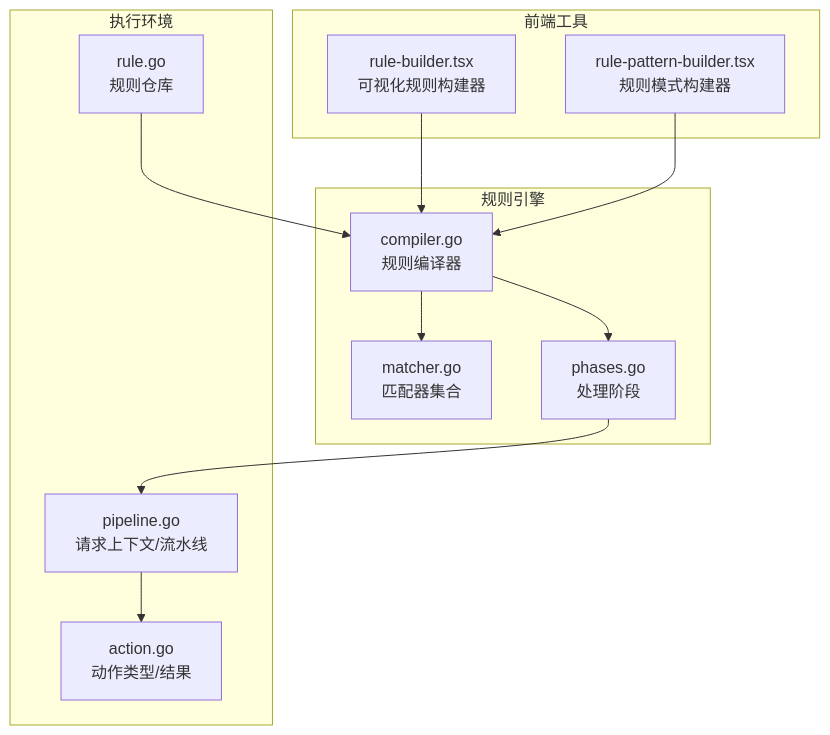
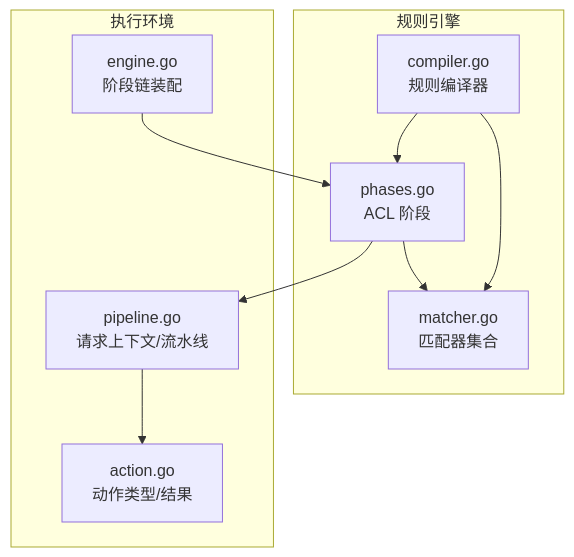
The first of 5 diagrams in docs/WAF 引擎系统/处理阶段详解/ACL 访问控制阶段.md (x01n/My-OpenWaf), drawn with Mermaid before and after one commit. The commit also changed other lines of this file and 622 other files, not shown here.

````diff
--- a/docs/WAF 引擎系统/处理阶段详解/ACL 访问控制阶段.md
+++ b/docs/WAF 引擎系统/处理阶段详解/ACL 访问控制阶段.md
@@ -44,24 +49,19 @@
 ```mermaid
 graph TB
 subgraph "规则引擎"
 C["compiler.go<br/>规则编译器"]
 M["matcher.go<br/>匹配器集合"]
-P["phases.go<br/>处理阶段"]
+P["phases.go<br/>ACL 阶段"]
 end
 subgraph "执行环境"
 L["pipeline.go<br/>请求上下文/流水线"]
 A["action.go<br/>动作类型/结果"]
-R["rule.go<br/>规则仓库"]
+E["engine.go<br/>阶段链装配"]
 end
-subgraph "前端工具"
-FB["rule-builder.tsx<br/>可视化规则构建器"]
-FP["rule-pattern-builder.tsx<br/>规则模式构建器"]
-end
-FB --> C
-FP --> C
+E --> P
+P --> M
+P --> L
 C --> M
 C --> P
-P --> L
 L --> A
-R --> C
 ```
````
